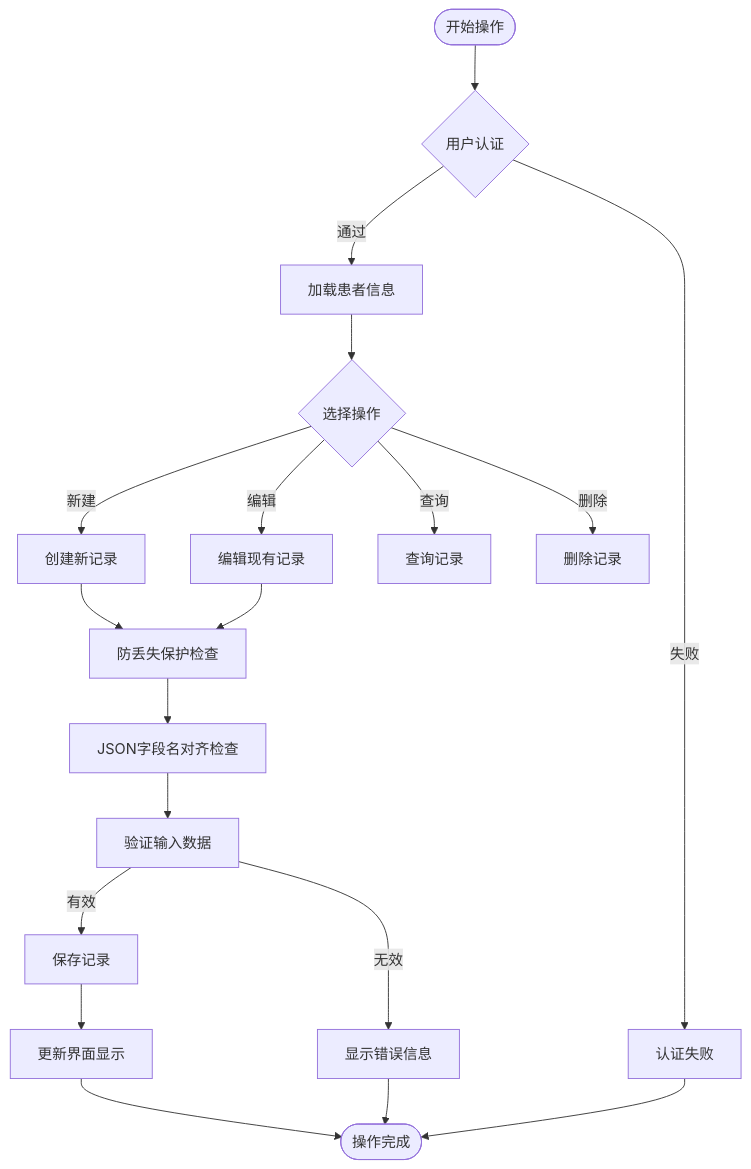
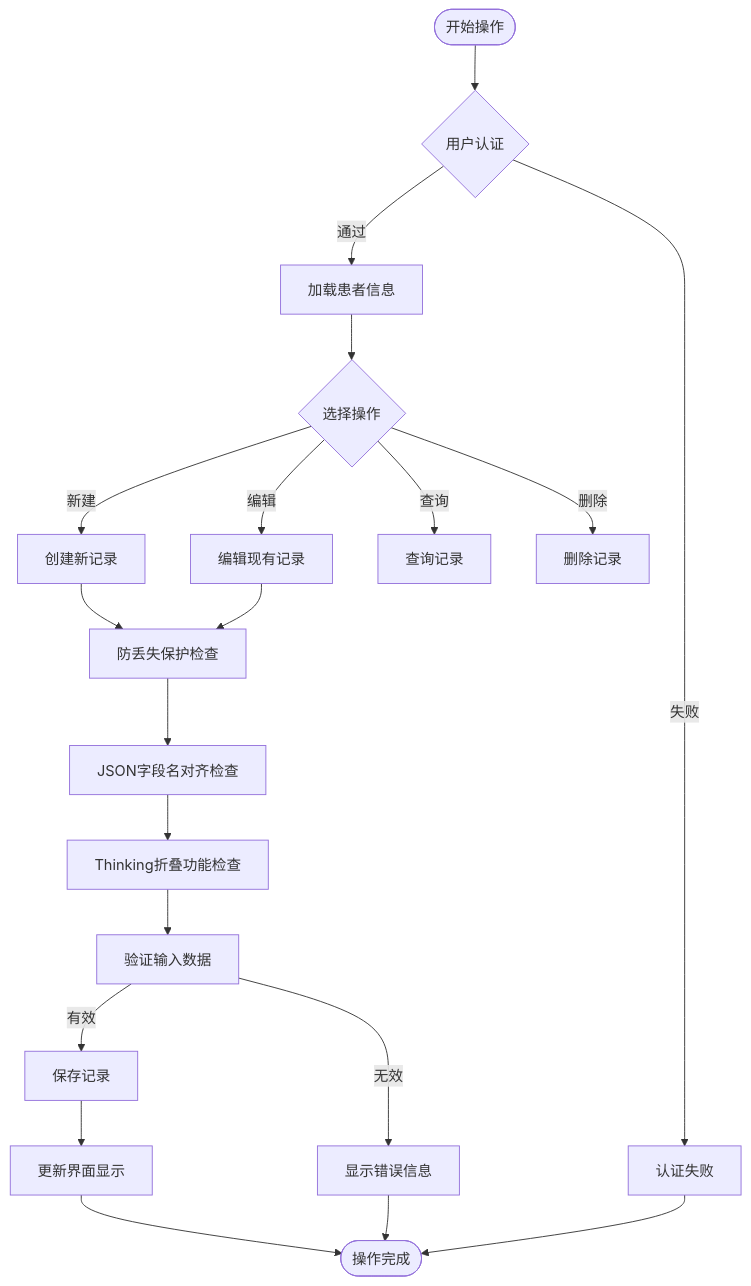
Before and after one commit to liuzh2008/med_ai_assistant_workspace: the fourth of 20 diagrams in .qoder/repowiki/zh/content/Medical Record Operation Guide.md, drawn with Mermaid. The commit also changed other lines of this file and 9 other files, not shown here.

````diff
--- a/.qoder/repowiki/zh/content/Medical Record Operation Guide.md
+++ b/.qoder/repowiki/zh/content/Medical Record Operation Guide.md
@@ -365,21 +408,22 @@
 ```mermaid
 flowchart TD
 Start([开始操作]) --> CheckAuth{用户认证}
 CheckAuth --> |通过| LoadPatient[加载患者信息]
 CheckAuth --> |失败| AuthError[认证失败]
 LoadPatient --> SelectAction{选择操作}
 SelectAction --> |新建| CreateRecord[创建新记录]
 SelectAction --> |编辑| EditRecord[编辑现有记录]
 SelectAction --> |查询| QueryRecord[查询记录]
 SelectAction --> |删除| DeleteRecord[删除记录]
 CreateRecord --> DraftProtection[防丢失保护检查]
 EditRecord --> DraftProtection
 DraftProtection --> FieldAlignment[JSON字段名对齐检查]
-FieldAlignment --> ValidateData[验证输入数据]
+FieldAlignment --> ThinkingFold[Thinking折叠功能检查]
+ThinkingFold --> ValidateData[验证输入数据]
 ValidateData --> |有效| SaveRecord[保存记录]
 ValidateData --> |无效| ShowError[显示错误信息]
 SaveRecord --> UpdateUI[更新界面显示]
 UpdateUI --> End([操作完成])
 ShowError --> End
 AuthError --> End
 ```
````
